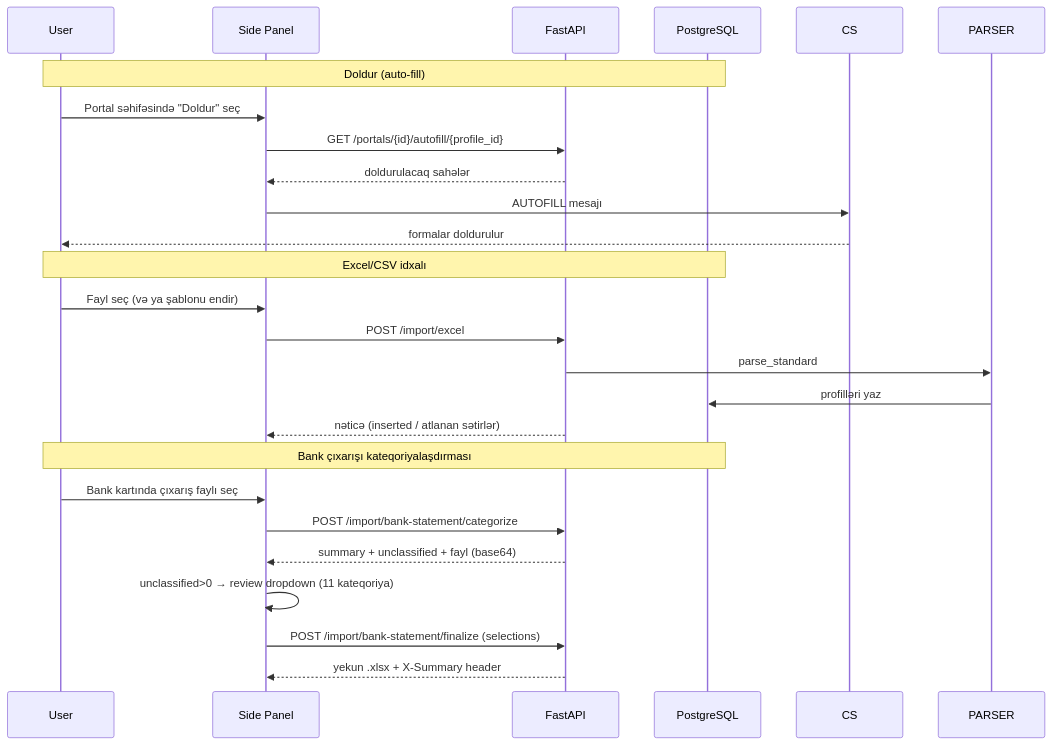
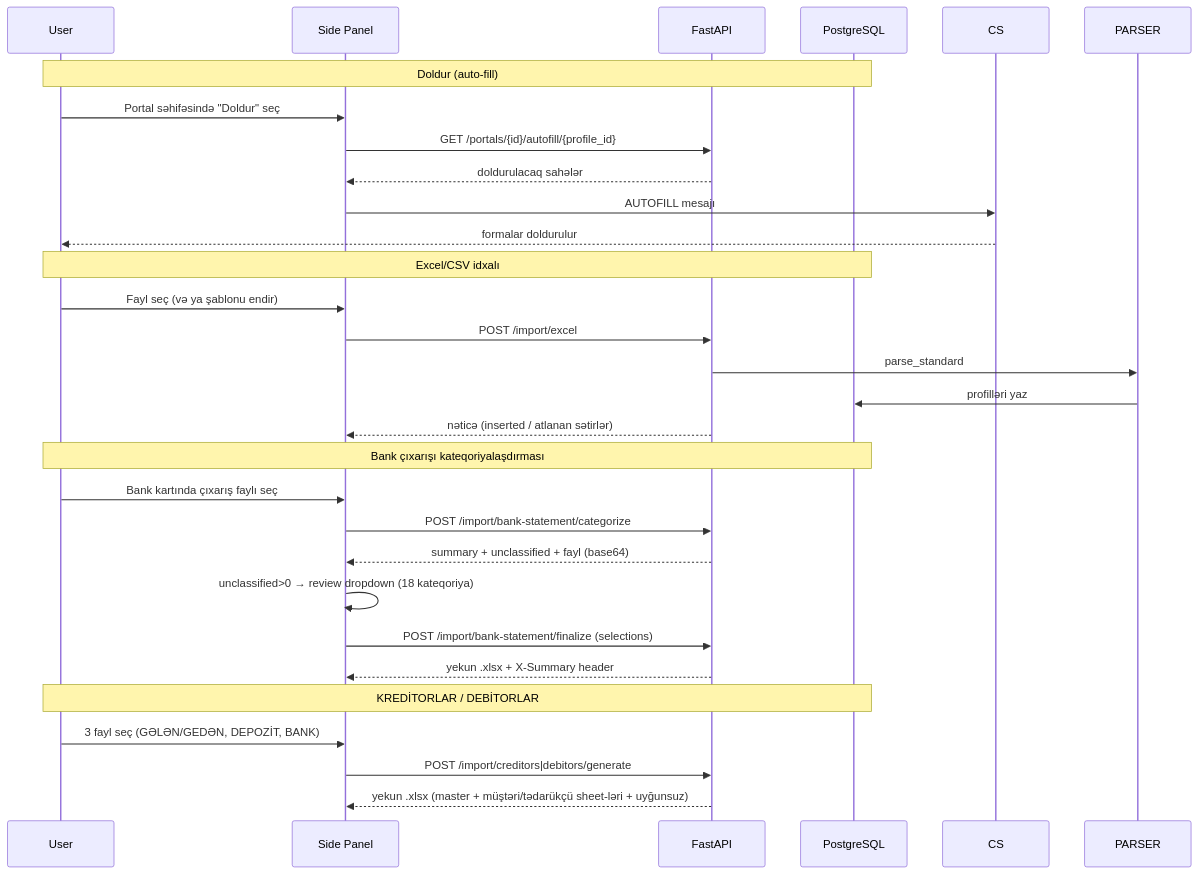
The second of 2 diagrams in README.md (nihat2001/TaxPro), drawn with Mermaid before and after one commit. The commit also changed other lines of this file and 1 other file, not shown here.

````diff
--- a/README.md
+++ b/README.md
@@ -68,26 +79,30 @@
 ```mermaid
 sequenceDiagram
     participant U as User
     participant P as Side Panel
     participant API as FastAPI
     participant DB as PostgreSQL
     Note over U,DB: Doldur (auto-fill)
     U->>P: Portal səhifəsində "Doldur" seç
     P->>API: GET /portals/{id}/autofill/{profile_id}
     API-->>P: doldurulacaq sahələr
     P->>CS: AUTOFILL mesajı
     CS-->>U: formalar doldurulur
     Note over U,DB: Excel/CSV idxalı
     U->>P: Fayl seç (və ya şablonu endir)
     P->>API: POST /import/excel
     API->>PARSER: parse_standard
     PARSER->>DB: profilləri yaz
     API-->>P: nəticə (inserted / atlanan sətirlər)
     Note over U,DB: Bank çıxarışı kateqoriyalaşdırması
     U->>P: Bank kartında çıxarış faylı seç
     P->>API: POST /import/bank-statement/categorize
     API-->>P: summary + unclassified + fayl (base64)
-    P->>P: unclassified>0 → review dropdown (11 kateqoriya)
+    P->>P: unclassified>0 → review dropdown (18 kateqoriya)
     P->>API: POST /import/bank-statement/finalize (selections)
     API-->>P: yekun .xlsx + X-Summary header
+    Note over U,DB: KREDİTORLAR / DEBİTORLAR
+    U->>P: 3 fayl seç (GƏLƏN/GEDƏN, DEPOZİT, BANK)
+    P->>API: POST /import/creditors|debitors/generate
+    API-->>P: yekun .xlsx (master + müştəri/tədarükçü sheet-ləri + uyğunsuz)
 ```
````
